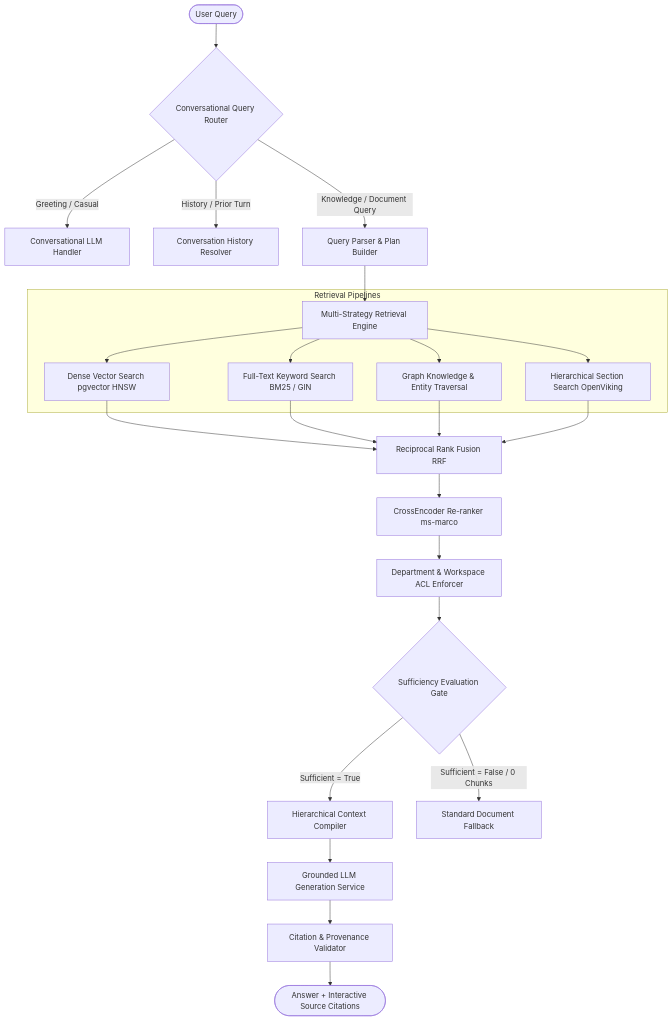
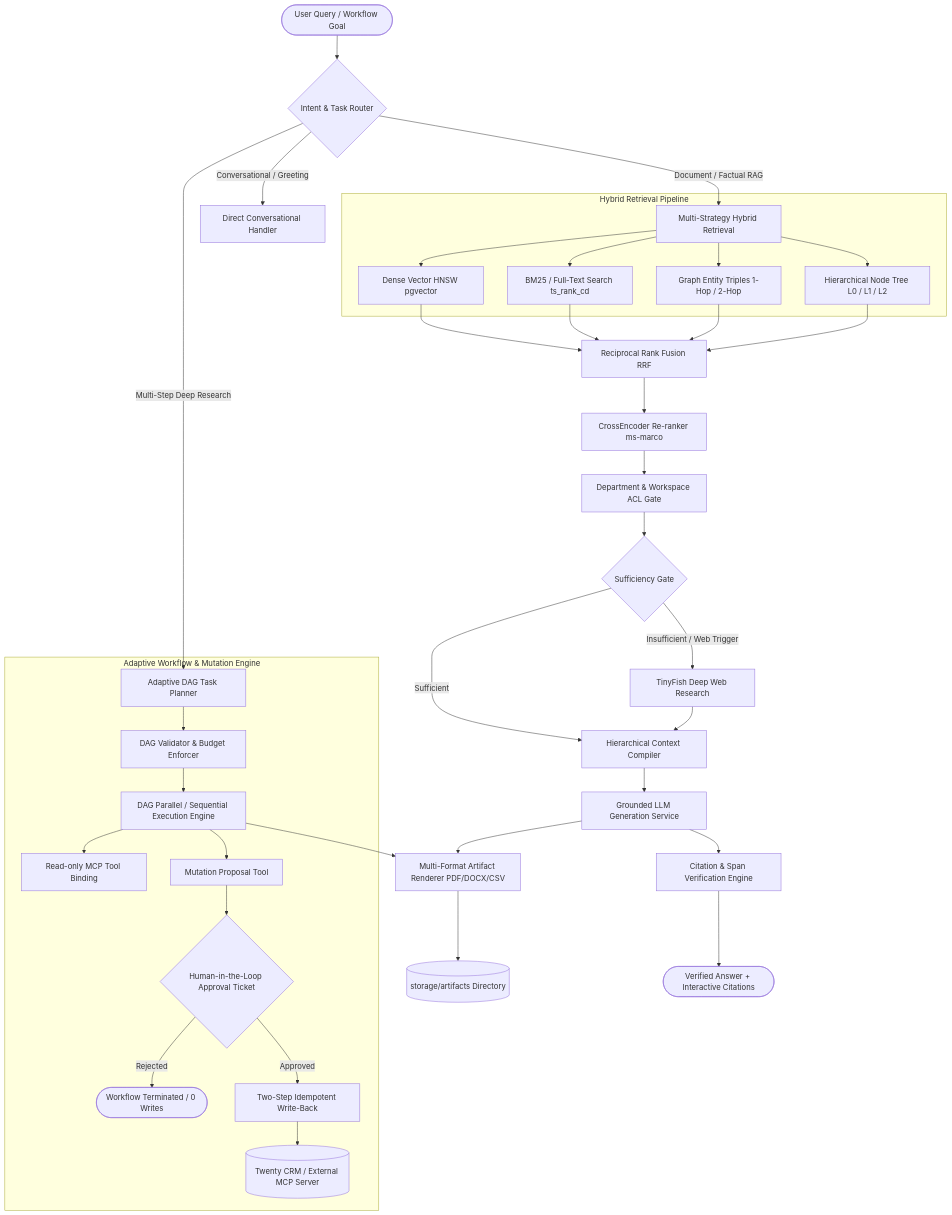
The diagram in README.md (chandraanimesh/knowledge-base-animesh-horizon), drawn with Mermaid before and after one commit. The commit also changed other lines of this file, not shown here.

````diff
--- a/README.md
+++ b/README.md
@@ -165,30 +246,43 @@
 ```mermaid
 flowchart TD
-    UserQuery([User Query]) --> ClassifyQuery{Conversational Query Router}
+    UserQuery([User Query / Workflow Goal]) --> Router{Intent & Task Router}
     
-    ClassifyQuery -->|Greeting / Casual| DirectConv[Conversational LLM Handler]
-    ClassifyQuery -->|History / Prior Turn| HistoryHandler[Conversation History Resolver]
-    ClassifyQuery -->|Knowledge / Document Query| QueryParser[Query Parser & Plan Builder]
+    Router -->|Conversational / Greeting| DirectLLM[Direct Conversational Handler]
+    Router -->|Document / Factual RAG| MultiRetrieval[Multi-Strategy Hybrid Retrieval]
+    Router -->|Multi-Step Deep Research| AdaptiveDAG[Adaptive DAG Task Planner]
     
-    QueryParser --> MultiRetrieval[Multi-Strategy Retrieval Engine]
-    
-    subgraph MultiRetrievalEngine [Retrieval Pipelines]
-        MultiRetrieval --> VectorSearch[Dense Vector Search pgvector HNSW]
-        MultiRetrieval --> FTS[Full-Text Keyword Search BM25 / GIN]
-        MultiRetrieval --> GraphSearch[Graph Knowledge & Entity Traversal]
-        MultiRetrieval --> HierarchicalSearch[Hierarchical Section Search OpenViking]
+    subgraph MultiRetrievalEngine [Hybrid Retrieval Pipeline]
+        MultiRetrieval --> VectorSearch[Dense Vector HNSW pgvector]
+        MultiRetrieval --> BM25[BM25 / Full-Text Search ts_rank_cd]
+        MultiRetrieval --> GraphTriples[Graph Entity Triples 1-Hop / 2-Hop]
+        MultiRetrieval --> HierarchicalTree[Hierarchical Node Tree L0 / L1 / L2]
     end
     
-    VectorSearch & FTS & GraphSearch & HierarchicalSearch --> Fusion[Reciprocal Rank Fusion RRF]
-    Fusion --> CrossEncoder[CrossEncoder Re-ranker ms-marco]
-    CrossEncoder --> ACLFilter[Department & Workspace ACL Enforcer]
+    VectorSearch & BM25 & GraphTriples & HierarchicalTree --> RRF[Reciprocal Rank Fusion RRF]
+    RRF --> CrossEncoder[CrossEncoder Re-ranker ms-marco]
+    CrossEncoder --> ACLFilter[Department & Workspace ACL Gate]
     
-    ACLFilter --> SufficiencyEval{Sufficiency Evaluation Gate}
+    ACLFilter --> SufficiencyCheck{Sufficiency Gate}
+    SufficiencyCheck -->|Sufficient| ContextCompiler[Hierarchical Context Compiler]
+    SufficiencyCheck -->|Insufficient / Web Trigger| WebResearch[TinyFish Deep Web Research]
+    WebResearch --> ContextCompiler
     
-    SufficiencyEval -->|Sufficient = True| ContextCompiler[Hierarchical Context Compiler]
-    ContextCompiler --> GenerationLLM[Grounded LLM Generation Service]
-    GenerationLLM --> CitationEngine[Citation & Provenance Validator]
-    CitationEngine --> FinalResponse([Answer + Interactive Source Citations])
+    ContextCompiler --> GroundedGen[Grounded LLM Generation Service]
+    GroundedGen --> ProvenanceEngine[Citation & Span Verification Engine]
     
-    SufficiencyEval -->|Sufficient = False / 0 Chunks| Fallback[Standard Document Fallback]
+    subgraph OrchestrationEngine [Adaptive Workflow & Mutation Engine]
+        AdaptiveDAG --> DAGValidator[DAG Validator & Budget Enforcer]
+        DAGValidator --> Executor[DAG Parallel / Sequential Execution Engine]
+        Executor --> ReadMCP[Read-only MCP Tool Binding]
+        Executor --> ProposalTool[Mutation Proposal Tool]
+        ProposalTool --> ApprovalGate{Human-in-the-Loop Approval Ticket}
+        ApprovalGate -->|Rejected| Terminate([Workflow Terminated / 0 Writes])
+        ApprovalGate -->|Approved| WriteRecovery[Two-Step Idempotent Write-Back]
+        WriteRecovery --> TwentyCRM[(Twenty CRM / External MCP Server)]
+    end
+    
+    GroundedGen & Executor --> ArtifactGenerator[Multi-Format Artifact Renderer PDF/DOCX/CSV]
+    ArtifactGenerator --> ProtectedStorage[(storage/artifacts Directory)]
+    
+    ProvenanceEngine --> FinalAnswer([Verified Answer + Interactive Citations])
 ```
````
